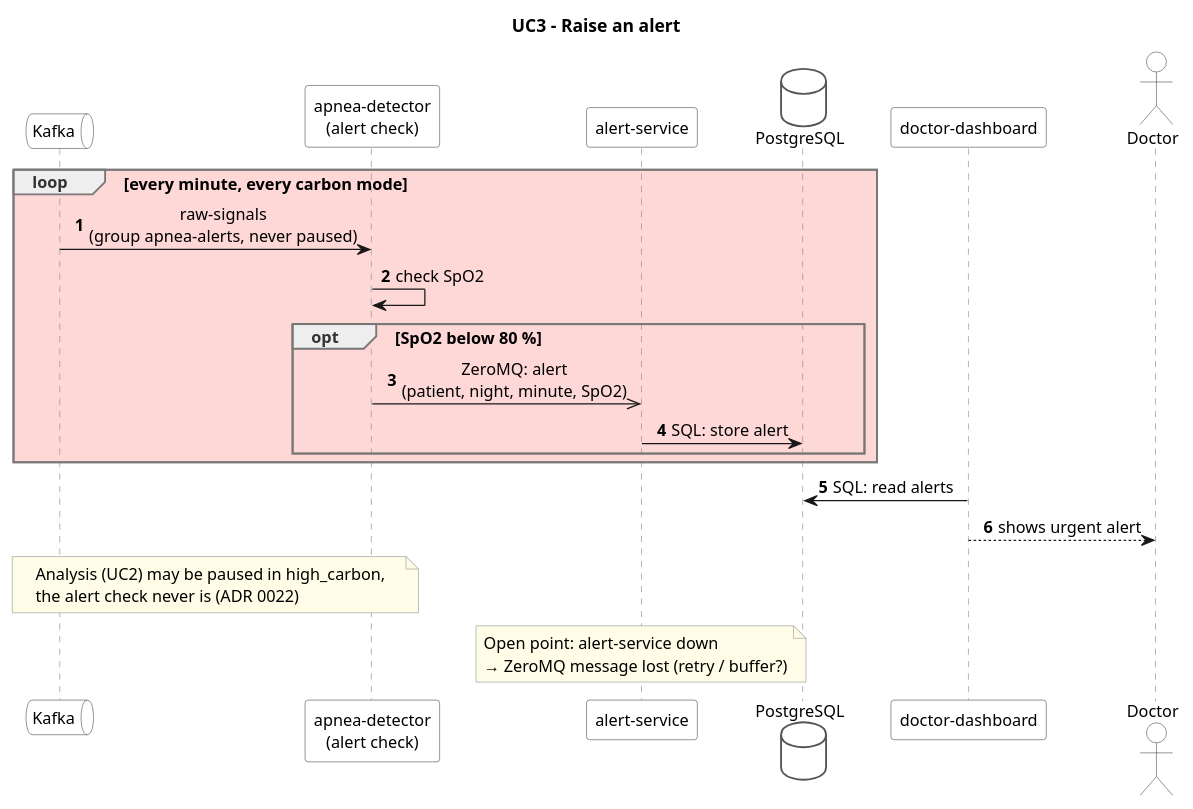
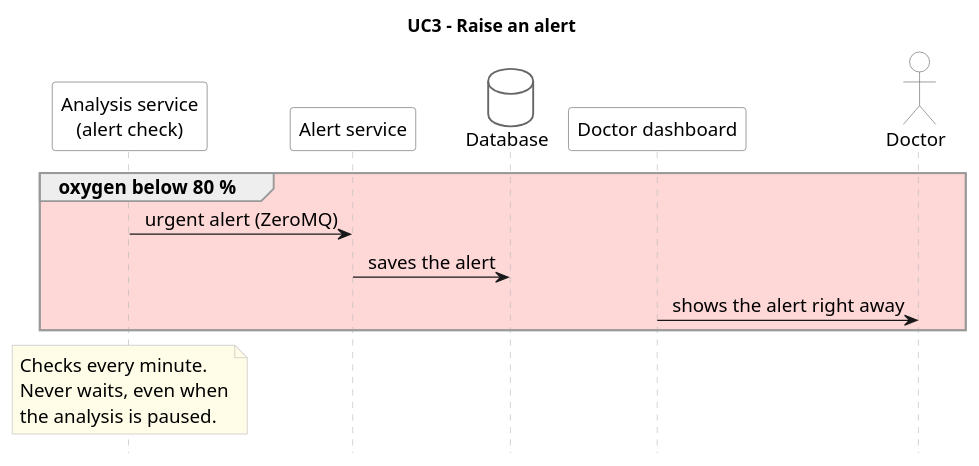
The diagram in diagrams/usecases/10.11_A_UC3-raise-an-alert_v1.puml (BarbaraKlimekTomatova/ACC1ILV-cloud-and-AI-infrastructure-for-sleep-apnea-detection-), drawn with PlantUML before and after one commit. The commit also changed 7 other files, not shown here.

Commit message:
update use cases diagrams

```diff
--- a/diagrams/usecases/10.11_A_UC3-raise-an-alert_v1.puml
+++ b/diagrams/usecases/10.11_A_UC3-raise-an-alert_v1.puml
@@ -1,52 +1,42 @@
 @startuml UC3
 skinparam shadowing false
 skinparam defaultFontName Arial
-skinparam defaultFontSize 13
+skinparam defaultFontSize 15
 skinparam sequenceMessageAlign center
-skinparam responseMessageBelowArrow true
-skinparam BoxPadding 10
 skinparam sequence {
-  LifeLineBorderColor #888888
-  ParticipantBorderColor #555555
+  LifeLineBorderColor #BBBBBB
+  ParticipantBorderColor #666666
   ParticipantBackgroundColor #FFFFFF
-  ActorBorderColor #555555
+  ActorBorderColor #666666
   ActorBackgroundColor #FFFFFF
-  GroupBorderColor #777777
-  GroupHeaderFontColor #333333
+  GroupBorderColor #999999
 }
 skinparam database {
-  BorderColor #555555
+  BorderColor #666666
   BackgroundColor #FFFFFF
 }
 skinparam queue {
-  BorderColor #555555
+  BorderColor #666666
   BackgroundColor #FFFFFF
 }
 skinparam note {
-  BorderColor #999999
+  BorderColor #BBBBBB
   BackgroundColor #FFFDE7
 }
+hide footbox
 title UC3 – Raise an alert
-autonumber
 
-queue "Kafka" as K
-participant "apnea-detector\n(alert check)" as DET
-participant "alert-service" as ALR
-database "PostgreSQL" as DB
-participant "doctor-dashboard" as DASH
+participant "Analysis service\n(alert check)" as DET
+participant "Alert service" as ALR
+database "Database" as DB
+participant "Doctor dashboard" as DASH
 actor "Doctor" as DOC
 
-loop #FED7D7 every minute, every carbon mode
-  K -> DET : raw-signals\n(group apnea-alerts, never paused)
-  DET -> DET : check SpO2
-  opt SpO2 below 80 %
-    DET ->> ALR : ZeroMQ: alert\n(patient, night, minute, SpO2)
-    ALR -> DB : SQL: store alert
-  end
+group #FED7D7 oxygen below 80 %
+  DET -> ALR : urgent alert (ZeroMQ)
+  ALR -> DB : saves the alert
+  DASH -> DOC : shows the alert right away
 end
-DASH -> DB : SQL: read alerts
-DASH --> DOC : shows urgent alert
 
-note over K, DET : Analysis (UC2) may be paused in high_carbon,\nthe alert check never is (ADR 0022)
-note over ALR : Open point: alert-service down\n→ ZeroMQ message lost (retry / buffer?)
+note over DET : Checks every minute.\nNever waits, even when\nthe analysis is paused.
 @enduml
```
